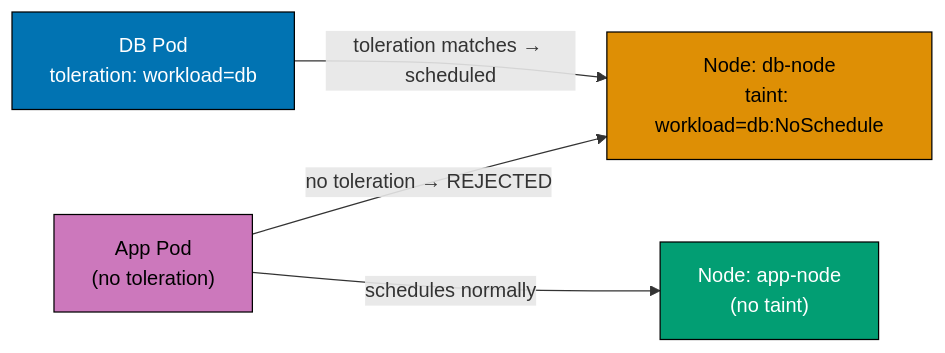
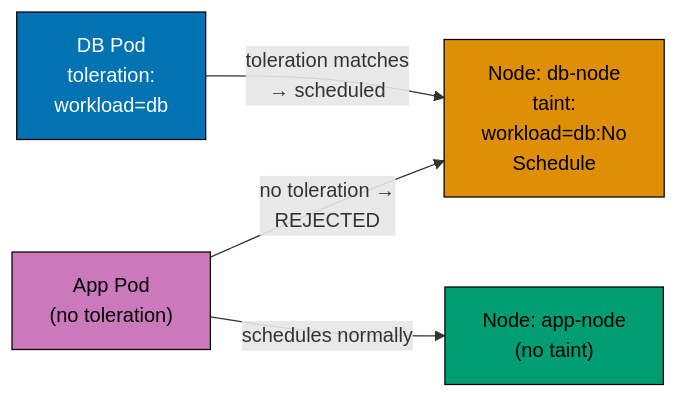
One commit to wahidyankf/ose-public changed the ninth of 9 diagrams in apps/ayokoding-www/content/en/learn/legacy/software-engineering/infrastructure/tools/k3s/by-example/intermediate.md. Above: the diagram before and after it, drawn with Mermaid. The commit also changed other lines of this file and 131 other files, not shown here.

First line of the commit message:
fix(mermaid): bring the legacy data, infrastructure, and testing diagrams onto the accessible palette

````diff
--- a/apps/ayokoding-www/content/en/learn/legacy/software-engineering/infrastructure/tools/k3s/by-example/intermediate.md
+++ b/apps/ayokoding-www/content/en/learn/legacy/software-engineering/infrastructure/tools/k3s/by-example/intermediate.md
@@ -2147,17 +2199,24 @@
 ```mermaid
 %% Color Palette: Blue #0173B2, Orange #DE8F05, Teal #029E73, Purple #CC78BC, Brown #CA9161
 graph LR
-    N1["Node: db-node<br/>taint: workload=db:NoSchedule"]
+    accTitle: Example 56: Node Taints and Tolerations for Workload Placement
+    accDescr: Graph with 4 nodes and 3 connections. Nodes: Node: db-node taint: workload=db:No Schedule, Node: app-node (no taint), DB Pod toleration: workload=db, App Pod (no toleration). Connections: DB Pod toleration: workload=db to Node: db-node taint: workload=db:No Schedule (toleration matches → scheduled), App Pod (no toleration) to Node: db-node taint: workload=db:No Schedule (no toleration → REJECTED), App Pod (no toleration) to Node: app-node (no taint) (schedules normally).
+    N1["Node: db-node<br/>taint:<br/>workload=db:No<br/>Schedule"]
     N2["Node: app-node<br/>(no taint)"]
-    P1["DB Pod<br/>toleration: workload=db"]
+    P1["DB Pod<br/>toleration:<br/>workload=db"]
     P2["App Pod<br/>(no toleration)"]
 
-    P1 -->|"toleration matches → scheduled"| N1
-    P2 -->|"no toleration → REJECTED"| N1
+    P1 -->|"toleration matches<br/>→ scheduled"| N1
+    P2 -->|"no toleration →<br/>REJECTED"| N1
     P2 -->|"schedules normally"| N2
 
-    style N1 fill:#DE8F05,stroke:#000,color:#000
-    style N2 fill:#029E73,stroke:#000,color:#fff
-    style P1 fill:#0173B2,stroke:#000,color:#fff
-    style P2 fill:#CC78BC,stroke:#000,color:#000
+    classDef pal-DE8F05 fill:#DE8F05,stroke:#000000,color:#000000
+    class N1 pal-DE8F05
+    classDef pal-029E73 fill:#029E73,stroke:#000000,color:#000000
+    class N2 pal-029E73
+    classDef pal-0173B2 fill:#0173B2,stroke:#000000,color:#FFFFFF
+    class P1 pal-0173B2
+    classDef pal-CC78BC fill:#CC78BC,stroke:#000000,color:#000000
+    class P2 pal-CC78BC
+    classDef default fill:#FFFFFF,stroke:#000000,color:#000000
 ```
````
